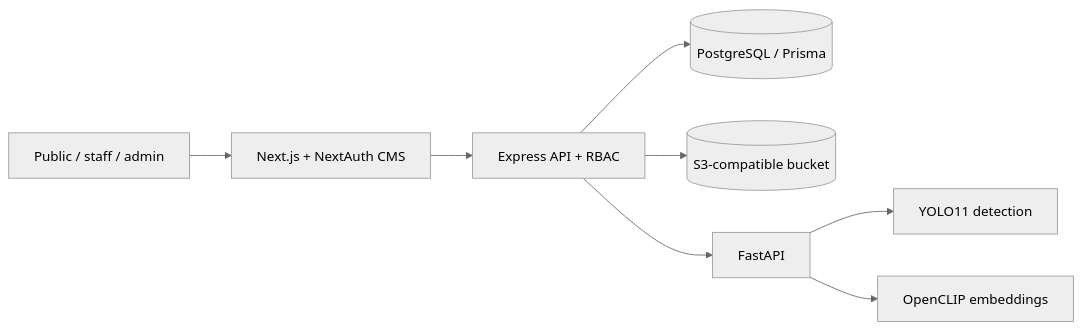
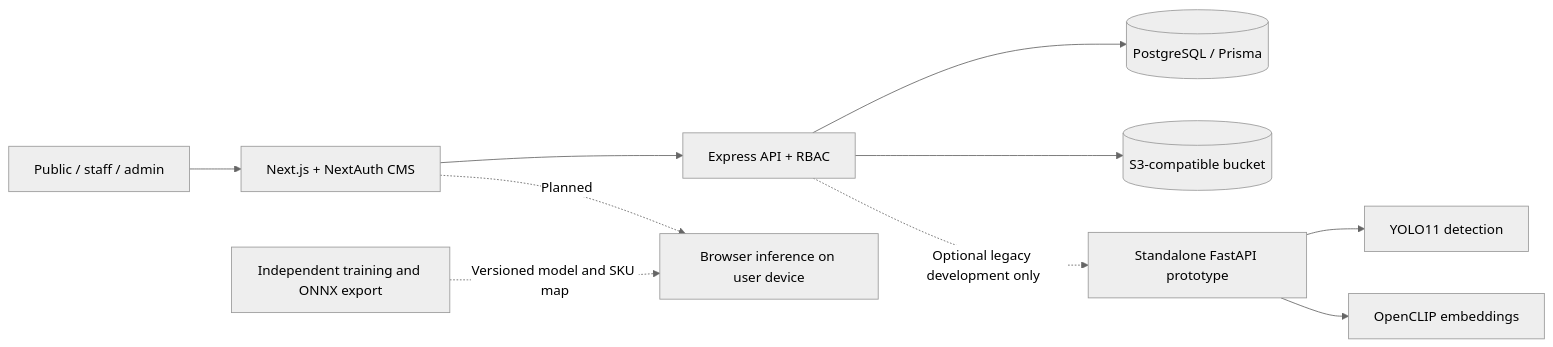
The diagram in README.md (sweng-grp018/asceoft-product-library), drawn with Mermaid (neutral theme) before and after one commit. The commit also changed other lines of this file and 18 other files, not shown here.

````diff
--- a/README.md
+++ b/README.md
@@ -47,10 +50,12 @@
 ```mermaid
 flowchart LR
   V[Public / staff / admin] --> W[Next.js + NextAuth CMS]
   W --> E[Express API + RBAC]
   E --> P[(PostgreSQL / Prisma)]
   E --> S[(S3-compatible bucket)]
-  E --> A[FastAPI]
+  E -. Optional legacy development only .-> A[Standalone FastAPI prototype]
   A --> Y[YOLO11 detection]
   A --> C[OpenCLIP embeddings]
+  W -. Planned .-> B[Browser inference on user device]
+  M[Independent training and ONNX export] -. Versioned model and SKU map .-> B
 ```
````
